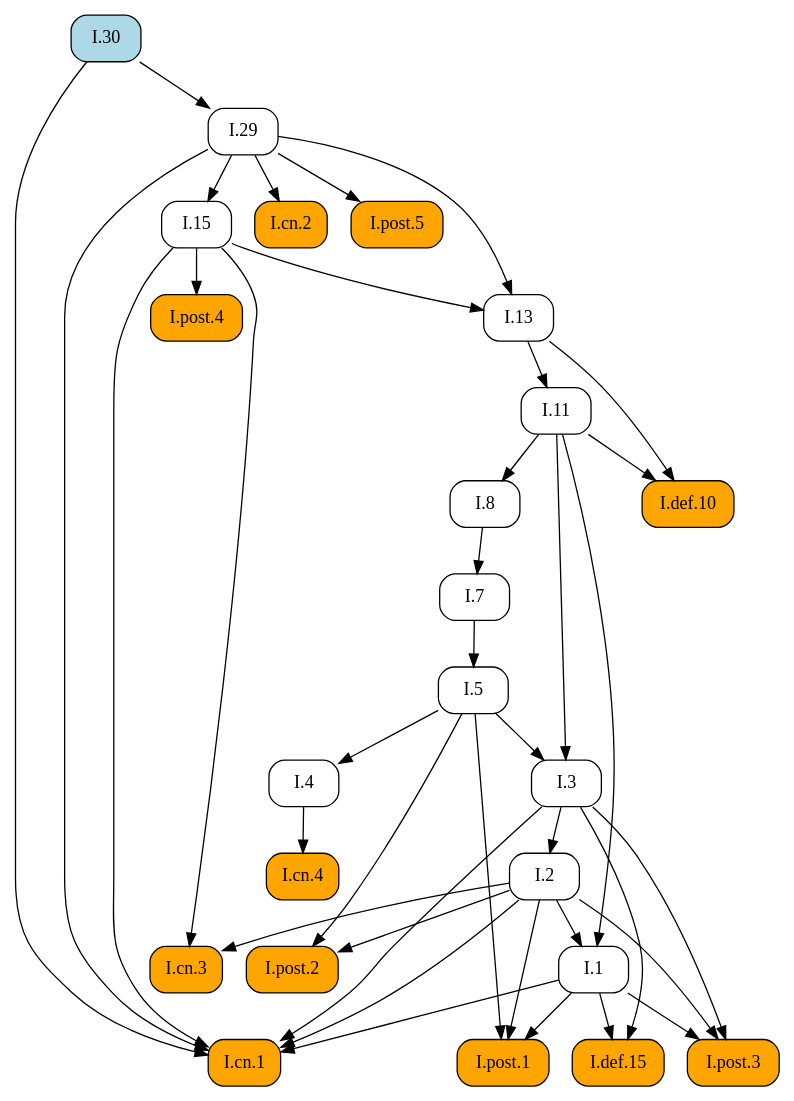
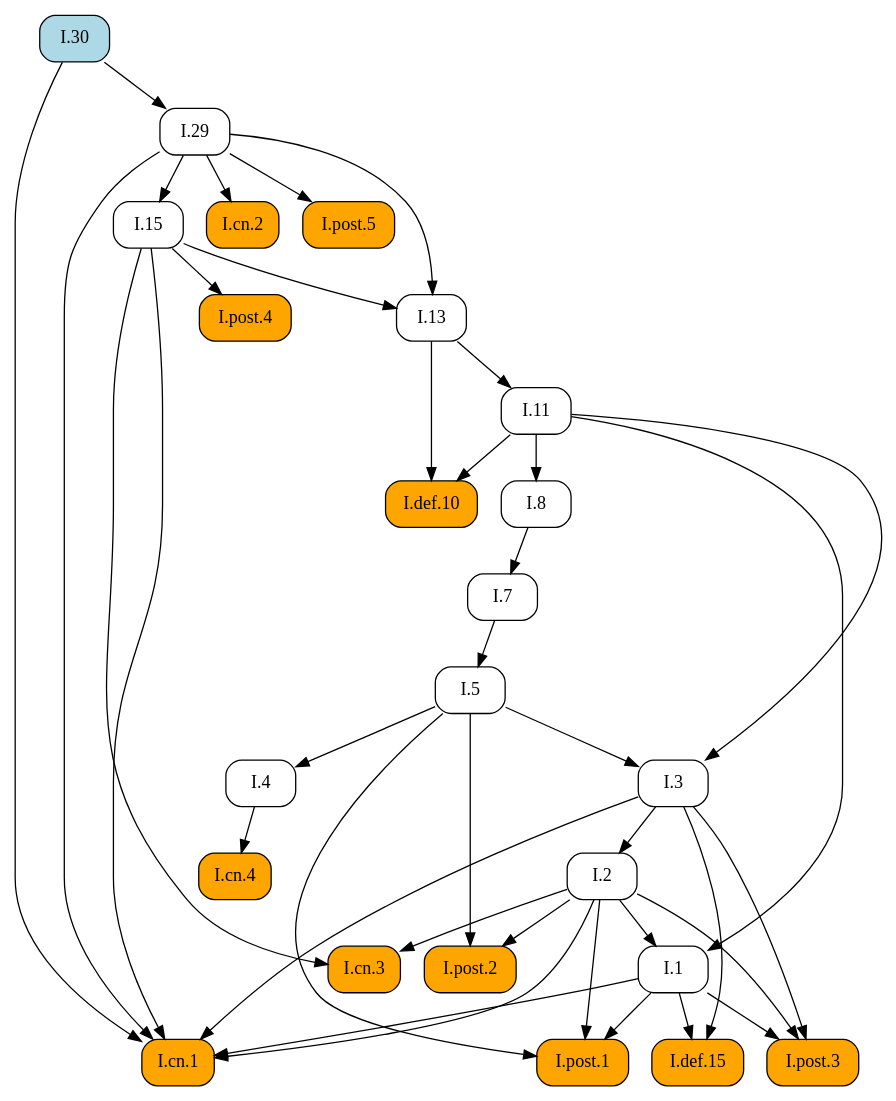
Before and after one commit to geometor/elements: the diagram in docsrc/heath/I/30/index.rst, drawn with Graphviz. The commit also changed other lines of this file and 1029 other files, not shown here.

```diff
--- a/docsrc/heath/I/30/index.rst
+++ b/docsrc/heath/I/30/index.rst
@@ -54,67 +54,67 @@
 .. graphviz::
 
    digraph {
      rankdir="TB";
      node [shape=box, style=rounded];
+     "I.def.10" [style="rounded,filled", fillcolor=orange, URL="/heath/I/def.10/", target="_top"];
+     "I.11" [URL="/heath/I/11/", target="_top"];
+     "I.post.4" [style="rounded,filled", fillcolor=orange, URL="/heath/I/post.4/", target="_top"];
+     "I.1" [URL="/heath/I/1/", target="_top"];
+     "I.7" [URL="/heath/I/7/", target="_top"];
+     "I.3" [URL="/heath/I/3/", target="_top"];
+     "I.2" [URL="/heath/I/2/", target="_top"];
+     "I.4" [URL="/heath/I/4/", target="_top"];
+     "I.29" [URL="/heath/I/29/", target="_top"];
      "I.13" [URL="/heath/I/13/", target="_top"];
+     "I.cn.2" [style="rounded,filled", fillcolor=orange, URL="/heath/I/cn.2/", target="_top"];
+     "I.post.2" [style="rounded,filled", fillcolor=orange, URL="/heath/I/post.2/", target="_top"];
+     "I.def.15" [style="rounded,filled", fillcolor=orange, URL="/heath/I/def.15/", target="_top"];
+     "I.post.3" [style="rounded,filled", fillcolor=orange, URL="/heath/I/post.3/", target="_top"];
+     "I.cn.1" [style="rounded,filled", fillcolor=orange, URL="/heath/I/cn.1/", target="_top"];
      "I.cn.3" [style="rounded,filled", fillcolor=orange, URL="/heath/I/cn.3/", target="_top"];
-     "I.cn.2" [style="rounded,filled", fillcolor=orange, URL="/heath/I/cn.2/", target="_top"];
-     "I.5" [URL="/heath/I/5/", target="_top"];
-     "I.11" [URL="/heath/I/11/", target="_top"];
      "I.30" [style="rounded,filled", fillcolor=lightblue, URL="/heath/I/30/", target="_top"];
-     "I.29" [URL="/heath/I/29/", target="_top"];
-     "I.7" [URL="/heath/I/7/", target="_top"];
-     "I.4" [URL="/heath/I/4/", target="_top"];
-     "I.3" [URL="/heath/I/3/", target="_top"];
      "I.8" [URL="/heath/I/8/", target="_top"];
-     "I.def.10" [style="rounded,filled", fillcolor=orange, URL="/heath/I/def.10/", target="_top"];
-     "I.post.4" [style="rounded,filled", fillcolor=orange, URL="/heath/I/post.4/", target="_top"];
-     "I.post.2" [style="rounded,filled", fillcolor=orange, URL="/heath/I/post.2/", target="_top"];
-     "I.2" [URL="/heath/I/2/", target="_top"];
-     "I.def.15" [style="rounded,filled", fillcolor=orange, URL="/heath/I/def.15/", target="_top"];
-     "I.1" [URL="/heath/I/1/", target="_top"];
-     "I.post.3" [style="rounded,filled", fillcolor=orange, URL="/heath/I/post.3/", target="_top"];
-     "I.post.1" [style="rounded,filled", fillcolor=orange, URL="/heath/I/post.1/", target="_top"];
-     "I.post.5" [style="rounded,filled", fillcolor=orange, URL="/heath/I/post.5/", target="_top"];
      "I.cn.4" [style="rounded,filled", fillcolor=orange, URL="/heath/I/cn.4/", target="_top"];
      "I.15" [URL="/heath/I/15/", target="_top"];
-     "I.cn.1" [style="rounded,filled", fillcolor=orange, URL="/heath/I/cn.1/", target="_top"];
+     "I.post.5" [style="rounded,filled", fillcolor=orange, URL="/heath/I/post.5/", target="_top"];
+     "I.post.1" [style="rounded,filled", fillcolor=orange, URL="/heath/I/post.1/", target="_top"];
+     "I.5" [URL="/heath/I/5/", target="_top"];
+     "I.11" -> "I.def.10";
+     "I.13" -> "I.def.10";
+     "I.13" -> "I.11";
+     "I.15" -> "I.post.4";
+     "I.2" -> "I.1";
+     "I.11" -> "I.1";
+     "I.8" -> "I.7";
+     "I.5" -> "I.3";
+     "I.11" -> "I.3";
+     "I.3" -> "I.2";
+     "I.5" -> "I.4";
+     "I.30" -> "I.29";
      "I.15" -> "I.13";
      "I.29" -> "I.13";
-     "I.2" -> "I.cn.3";
-     "I.15" -> "I.cn.3";
      "I.29" -> "I.cn.2";
-     "I.7" -> "I.5";
-     "I.13" -> "I.11";
-     "I.30" -> "I.29";
-     "I.8" -> "I.7";
-     "I.5" -> "I.4";
-     "I.5" -> "I.3";
-     "I.11" -> "I.3";
-     "I.11" -> "I.8";
-     "I.11" -> "I.def.10";
-     "I.13" -> "I.def.10";
-     "I.15" -> "I.post.4";
      "I.2" -> "I.post.2";
      "I.5" -> "I.post.2";
-     "I.3" -> "I.2";
      "I.1" -> "I.def.15";
      "I.3" -> "I.def.15";
-     "I.2" -> "I.1";
-     "I.11" -> "I.1";
      "I.1" -> "I.post.3";
      "I.2" -> "I.post.3";
      "I.3" -> "I.post.3";
-     "I.1" -> "I.post.1";
-     "I.2" -> "I.post.1";
-     "I.5" -> "I.post.1";
-     "I.29" -> "I.post.5";
-     "I.4" -> "I.cn.4";
-     "I.29" -> "I.15";
      "I.1" -> "I.cn.1";
      "I.2" -> "I.cn.1";
      "I.3" -> "I.cn.1";
      "I.15" -> "I.cn.1";
      "I.29" -> "I.cn.1";
      "I.30" -> "I.cn.1";
+     "I.2" -> "I.cn.3";
+     "I.15" -> "I.cn.3";
+     "I.11" -> "I.8";
+     "I.4" -> "I.cn.4";
+     "I.29" -> "I.15";
+     "I.29" -> "I.post.5";
+     "I.1" -> "I.post.1";
+     "I.2" -> "I.post.1";
+     "I.5" -> "I.post.1";
+     "I.7" -> "I.5";
    }
```
